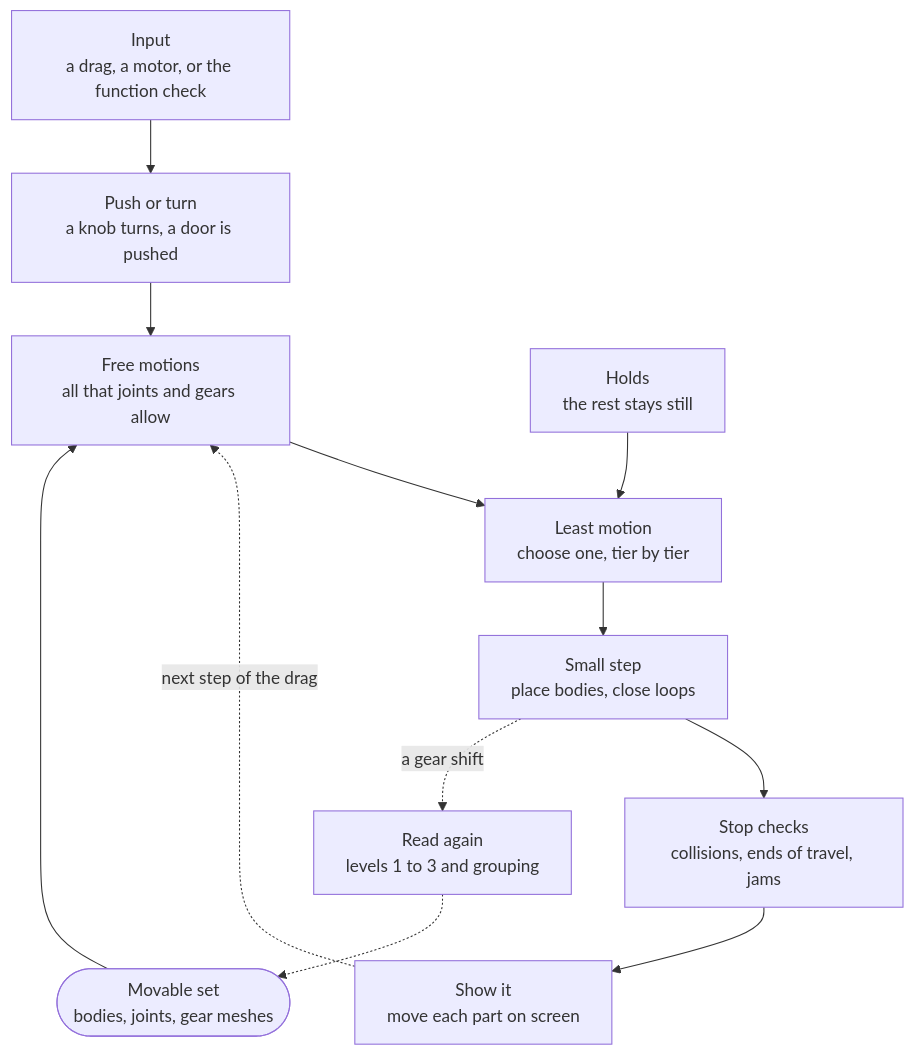
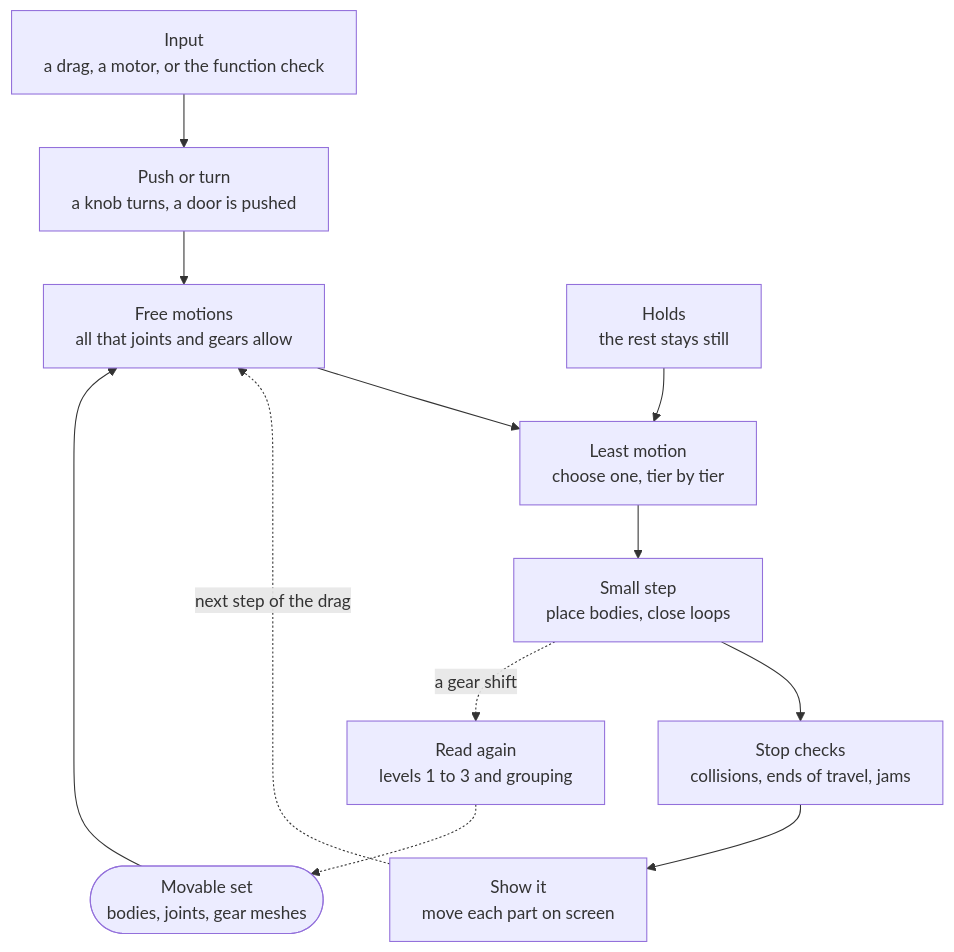
One commit to erik-larsen/kinebrick changed the second of 3 diagrams in ARCHITECTURE.md. Above: the diagram before and after it, drawn with Mermaid. The commit also changed other lines of this file, not shown here.

Commit message:
The overview's drawings in ARCHITECTURE.md are more compact: the tree lists each branch's pieces in one box, and boxes wrap their text later

````diff
--- a/ARCHITECTURE.md
+++ b/ARCHITECTURE.md
@@ -49,19 +50,20 @@
 ```mermaid
+%%{init: {'flowchart': {'wrappingWidth': 320}}}%%
 flowchart TD
   input["Input<br/>a drag, a motor, or the function check"]
   mech(["Movable set<br/>bodies, joints, gear meshes"])
   kind["Push or turn<br/>a knob turns, a door is pushed"]
   free["Free motions<br/>all that joints and gears allow"]
   least["Least motion<br/>choose one, tier by tier"]
   holds["Holds<br/>the rest stays still"]
   step["Small step<br/>place bodies, close loops"]
   stop["Stop checks<br/>collisions, ends of travel, jams"]
   show["Show it<br/>move each part on screen"]
   reread["Read again<br/>levels 1 to 3 and grouping"]
   input --> kind --> free --> least --> step --> stop --> show
   mech --> free
   holds --> least
   show -. next step of the drag .-> free
   step -. a gear shift .-> reread
   reread -.-> mech
 ```
````
